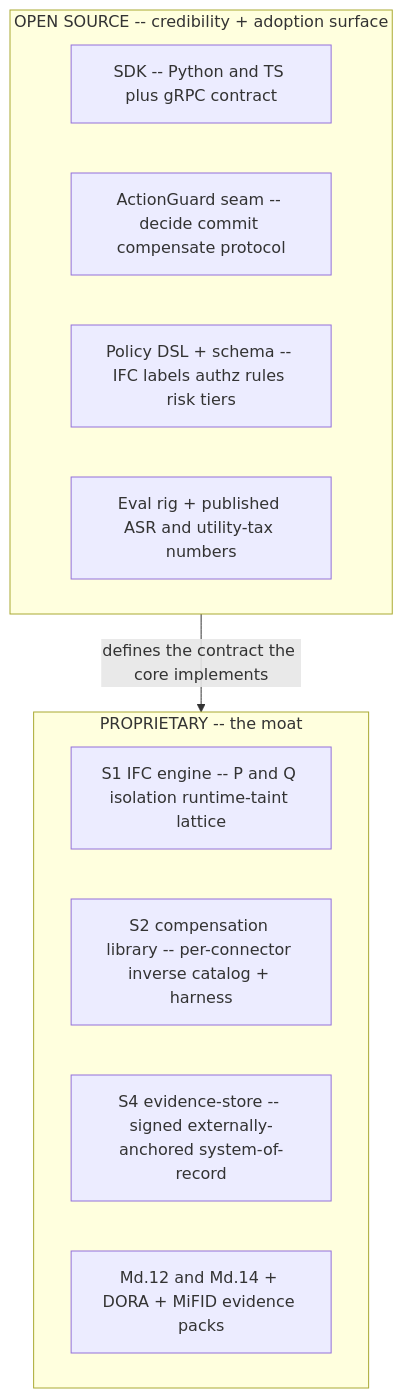
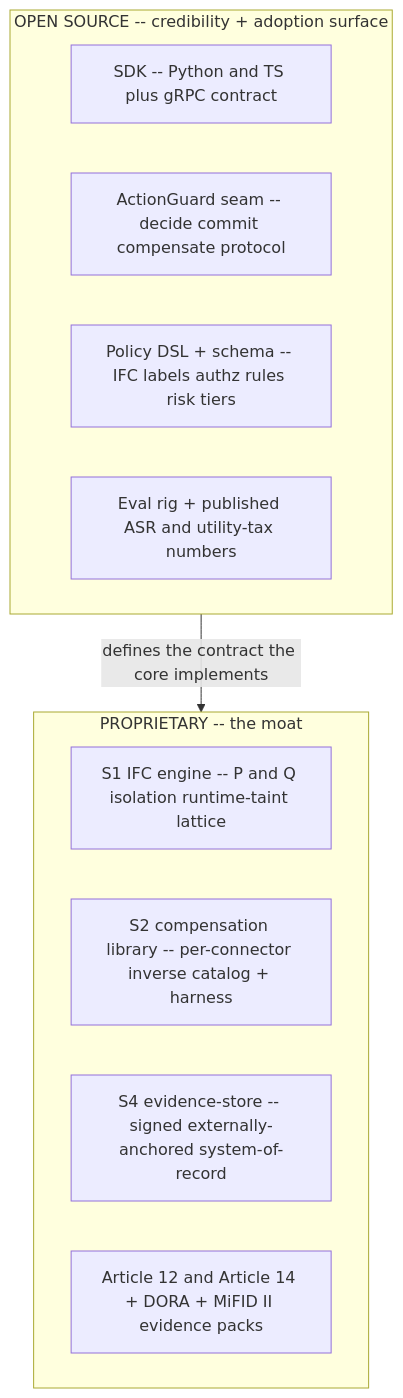
One commit to HodeTech/provna changed the diagram in docs/decisions/0011-open-source-boundary-proprietary-core.md. Above: the diagram before and after it, drawn with Mermaid. The commit also changed other lines of this file and 34 other files, not shown here.

````diff
--- a/docs/decisions/0011-open-source-boundary-proprietary-core.md
+++ b/docs/decisions/0011-open-source-boundary-proprietary-core.md
@@ -21,16 +21,16 @@
 ```mermaid
 flowchart TB
     subgraph OSS["OPEN SOURCE -- credibility + adoption surface"]
         SDK["SDK -- Python and TS plus gRPC contract"]
         SEAM["ActionGuard seam -- decide commit compensate protocol"]
         POL["Policy DSL + schema -- IFC labels authz rules risk tiers"]
         EVAL["Eval rig + published ASR and utility-tax numbers"]
     end
     subgraph PROP["PROPRIETARY -- the moat"]
         IFC["S1 IFC engine -- P and Q isolation runtime-taint lattice"]
         COMP["S2 compensation library -- per-connector inverse catalog + harness"]
         EV["S4 evidence-store -- signed externally-anchored system-of-record"]
-        PACK["Md.12 and Md.14 + DORA + MiFID evidence packs"]
+        PACK["Article 12 and Article 14 + DORA + MiFID II evidence packs"]
     end
     OSS -->|"defines the contract the core implements"| PROP
 ```
````
